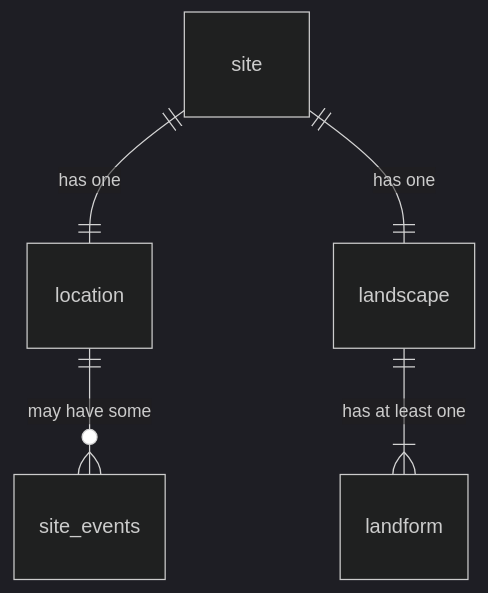
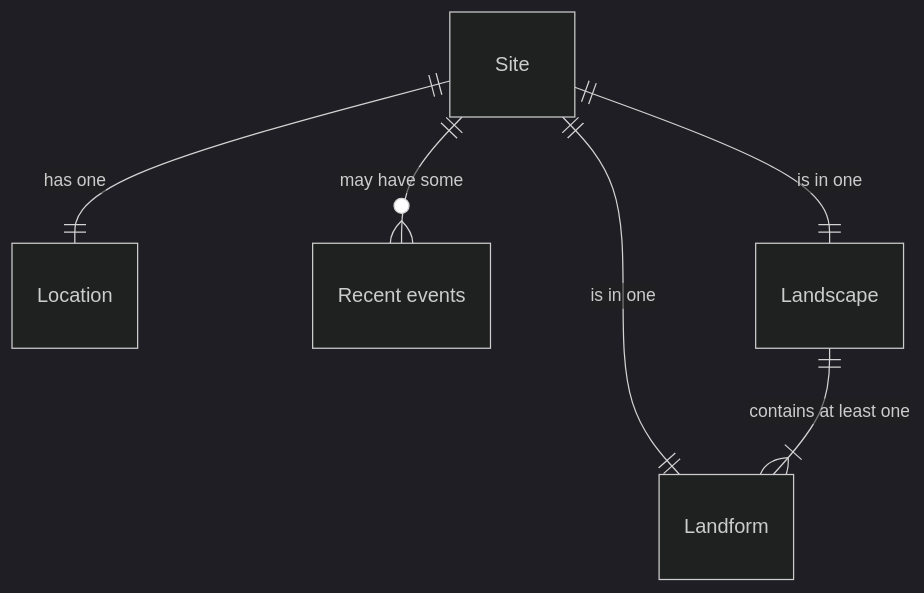
Before and after one commit to manaakiwhenua/NZ_soildesc_2024: the first of 18 diagrams in ap_03_database_design.qmd, drawn with Mermaid (dark theme). The commit also changed other lines of this file, not shown here.

````diff
--- a/ap_03_database_design.qmd
+++ b/ap_03_database_design.qmd
@@ -47,11 +47,13 @@
 ```{mermaid}
 %%| fig-cap: "Overview - main tables only"
 
+%%{ init: { 'er': { 'layoutDirection': 'LR' } } }%%
 erDiagram
-  site ||--|| location : "has one"
-  location ||--o{ site_events : "may have some"
-  site ||--|| landscape : "has one"
-  landscape ||--|{ landform : "has at least one"
+  Site ||--|| Location : "has one"
+  Site ||--|| Landform : "is in one"
+  Site ||--o{ "Recent events" : "may have some"
+  Site ||--|| "Landscape" : "is in one"
+  Landscape ||--|{ "Landform" : "contains at least one"
   
 
 ```
````
